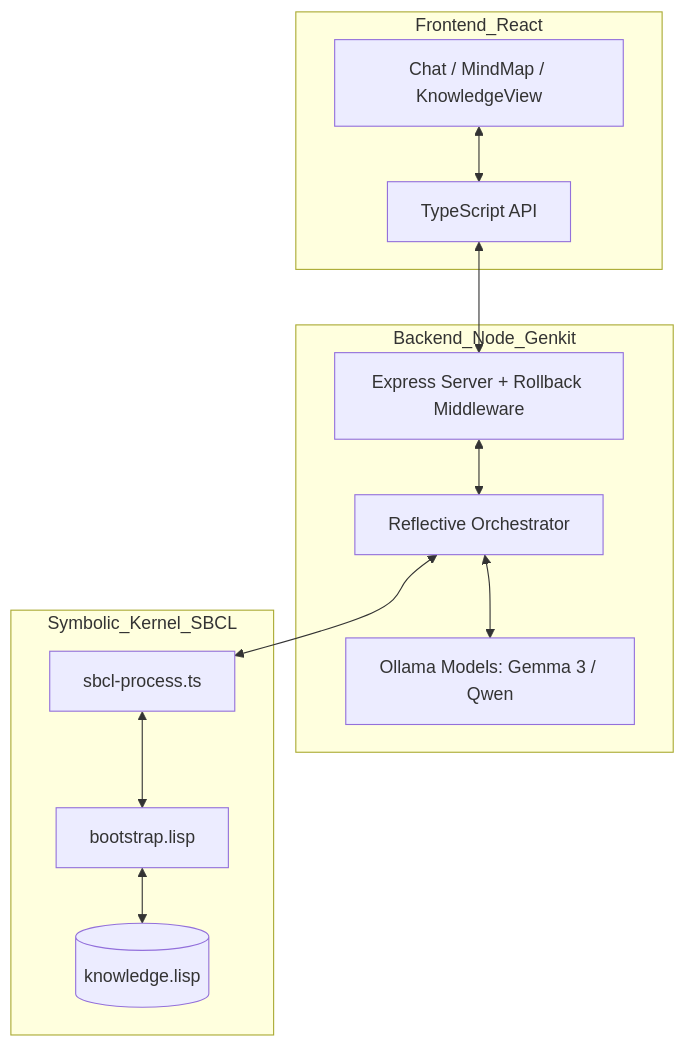
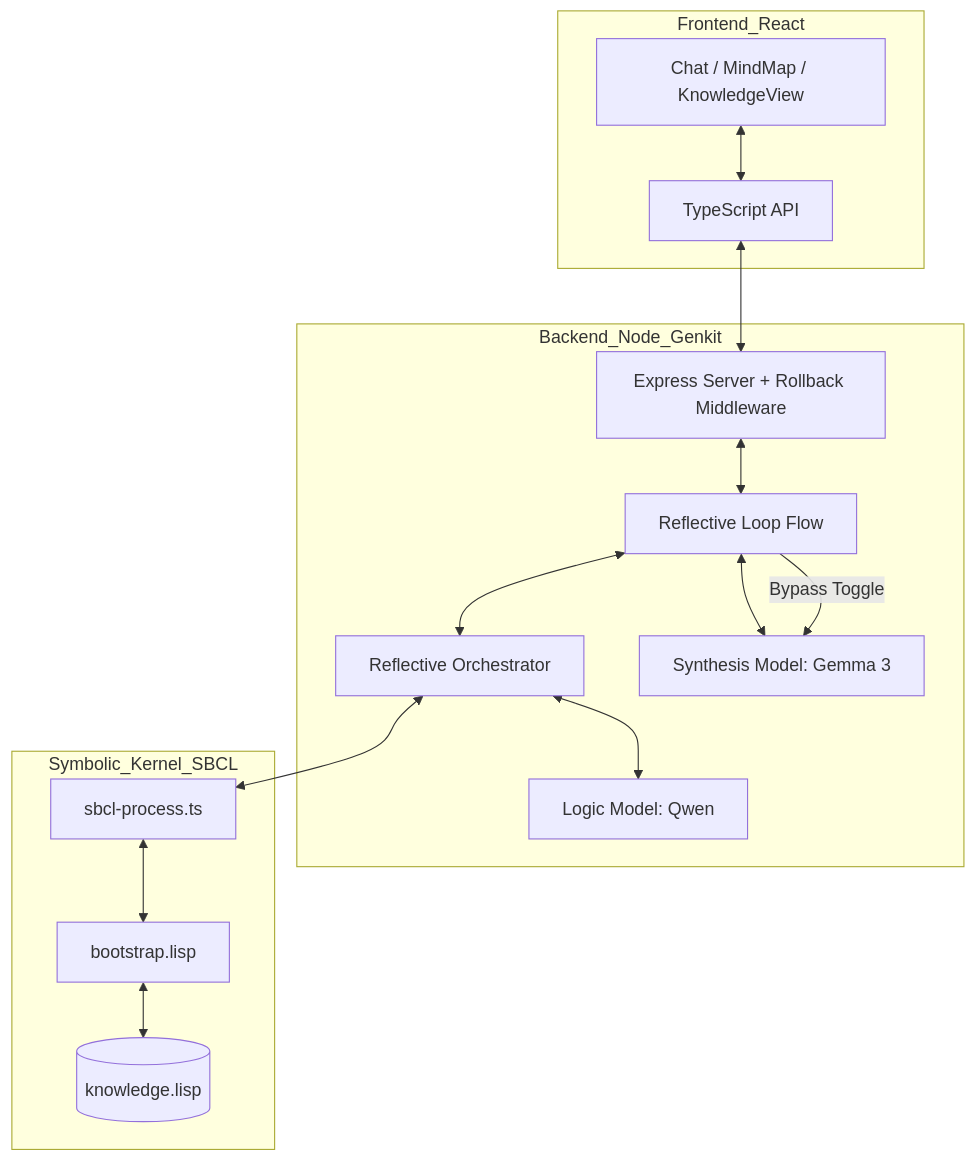
The first of 2 diagrams in README_V02.md (spock74/dialectical-symbolic-ai), drawn with Mermaid before and after one commit. The commit also changed other lines of this file, not shown here.

Commit message:
docs: correct Mermaid diagrams in README_V02.md and align with current implementation

````diff
--- a/README_V02.md
+++ b/README_V02.md
@@ -21,18 +21,23 @@
 ```mermaid
 graph TD
     subgraph Frontend_React
         UI[Chat / MindMap / KnowledgeView] <--> API[TypeScript API]
     end
 
     subgraph Backend_Node_Genkit
         API <--> Server[Express Server + Rollback Middleware]
-        Server <--> Orch[Reflective Orchestrator]
-        Orch <--> LLM[Ollama Models: Gemma 3 / Qwen]
+        Server <--> Loop[Reflective Loop Flow]
+        Loop <--> Orch[Reflective Orchestrator]
+        Loop <--> S[Synthesis Model: Gemma 3]
+        Orch <--> L[Logic Model: Qwen]
+        
+        %% Bypass Path
+        Loop -- Bypass Toggle --> S
     end
 
     subgraph Symbolic_Kernel_SBCL
         Orch <--> SBCL[sbcl-process.ts]
         SBCL <--> Core[bootstrap.lisp]
         Core <--> DB[(knowledge.lisp)]
     end
 ```
````
